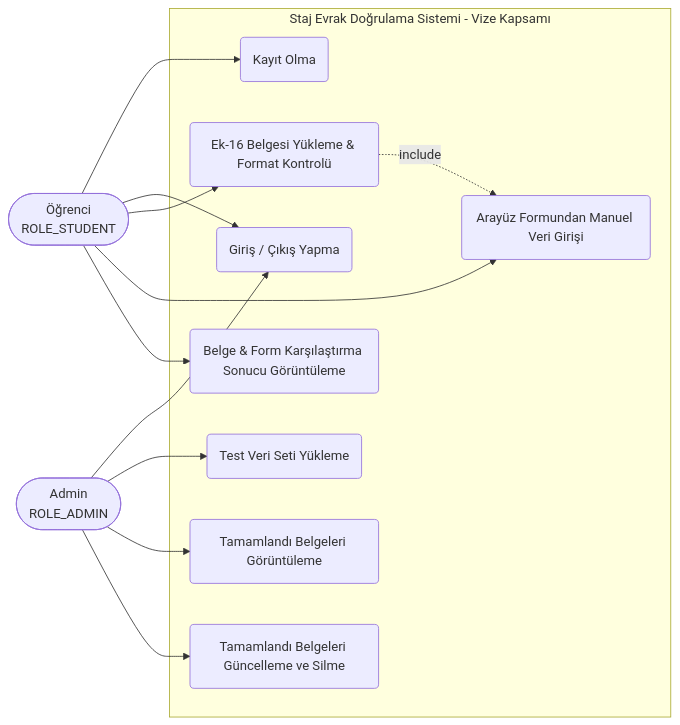
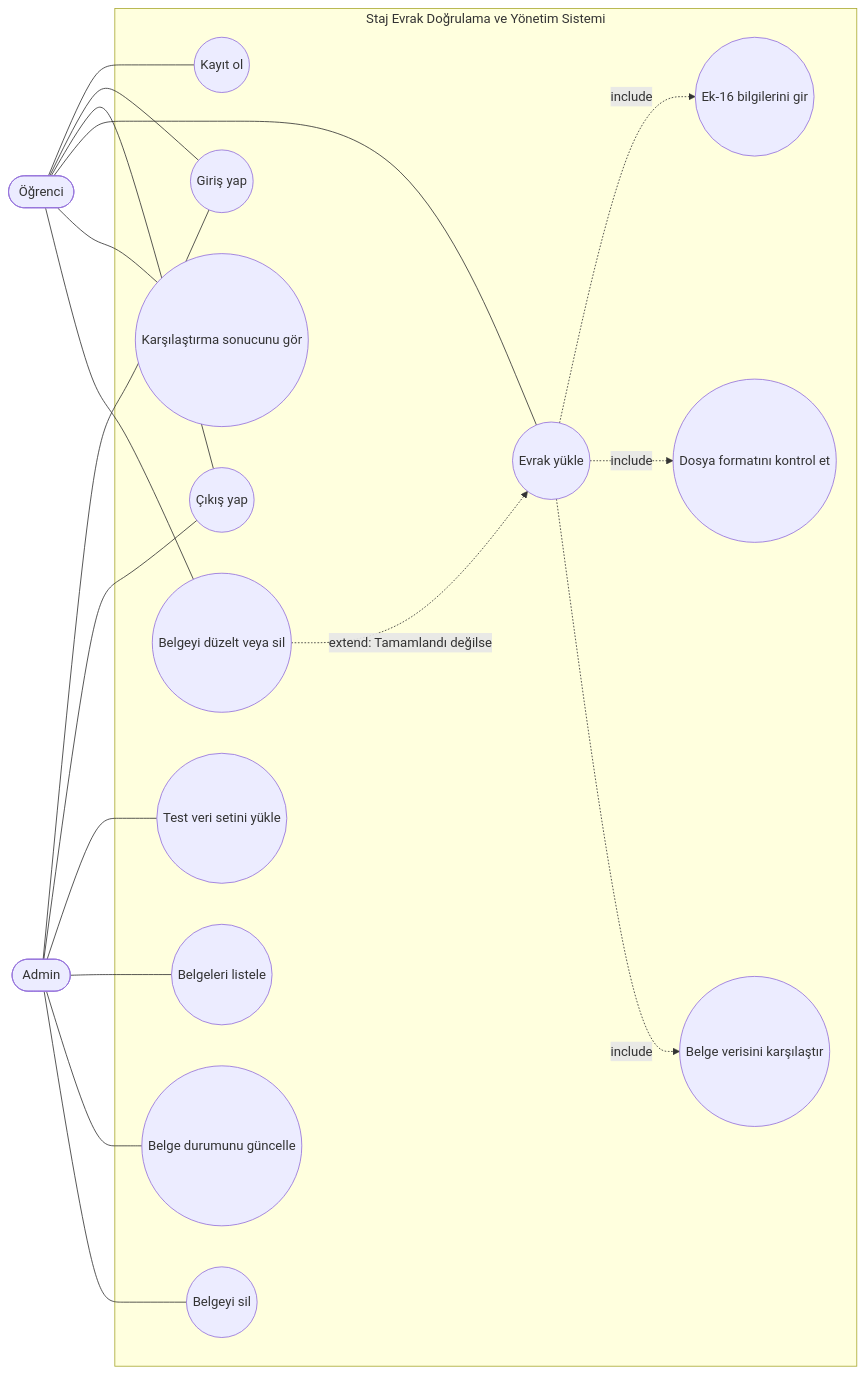
The diagram in docs/04_UML_USE_CASE_DIYAGRAMI.md (faruksrcn21-ux/staj-yonetim-sistemi), drawn with Mermaid before and after one commit. The commit also changed other lines of this file and 3 other files, not shown here.

Commit message:
docs: redraw diagrams for evrak dogrulama requirements

````diff
--- a/docs/04_UML_USE_CASE_DIYAGRAMI.md
+++ b/docs/04_UML_USE_CASE_DIYAGRAMI.md
@@ -24,28 +5,40 @@
 ```mermaid
 flowchart LR
-    Student([Öğrenci<br/>ROLE_STUDENT])
-    Admin([Admin<br/>ROLE_ADMIN])
+    Ogrenci(["Öğrenci"])
+    Admin(["Admin"])
 
-    subgraph Sistem [Staj Evrak Doğrulama Sistemi - Vize Kapsamı]
-        UC1(Kayıt Olma)
-        UC2(Giriş / Çıkış Yapma)
-        UC3(Ek-16 Belgesi Yükleme & Format Kontrolü)
-        UC4(Arayüz Formundan Manuel Veri Girişi)
-        UC5(Belge & Form Karşılaştırma Sonucu Görüntüleme)
-        UC6(Test Veri Seti Yükleme)
-        UC7(Tamamlandı Belgeleri Görüntüleme)
-        UC8(Tamamlandı Belgeleri Güncelleme ve Silme)
+    subgraph SISTEM ["Staj Evrak Doğrulama ve Yönetim Sistemi"]
+        UC1(("Kayıt ol"))
+        UC2(("Giriş yap"))
+        UC3(("Çıkış yap"))
+        UC4(("Evrak yükle"))
+        UC5(("Ek-16 bilgilerini gir"))
+        UC6(("Dosya formatını kontrol et"))
+        UC7(("Belge verisini karşılaştır"))
+        UC8(("Karşılaştırma sonucunu gör"))
+        UC9(("Belgeyi düzelt veya sil"))
+        UC10(("Test veri setini yükle"))
+        UC11(("Belgeleri listele"))
+        UC12(("Belge durumunu güncelle"))
+        UC13(("Belgeyi sil"))
     end
 
-    Student --> UC1
-    Student --> UC2
-    Student --> UC3
-    Student --> UC4
-    Student --> UC5
-    UC3 -.->|include| UC4
+    Ogrenci --- UC1
+    Ogrenci --- UC2
+    Ogrenci --- UC3
+    Ogrenci --- UC4
+    Ogrenci --- UC8
+    Ogrenci --- UC9
 
-    Admin --> UC2
-    Admin --> UC6
-    Admin --> UC7
-    Admin --> UC8
+    Admin --- UC2
+    Admin --- UC3
+    Admin --- UC10
+    Admin --- UC11
+    Admin --- UC12
+    Admin --- UC13
+
+    UC4 -.->|include| UC5
+    UC4 -.->|include| UC6
+    UC4 -.->|include| UC7
+    UC9 -.->|extend: Tamamlandı değilse| UC4
 ```
````
